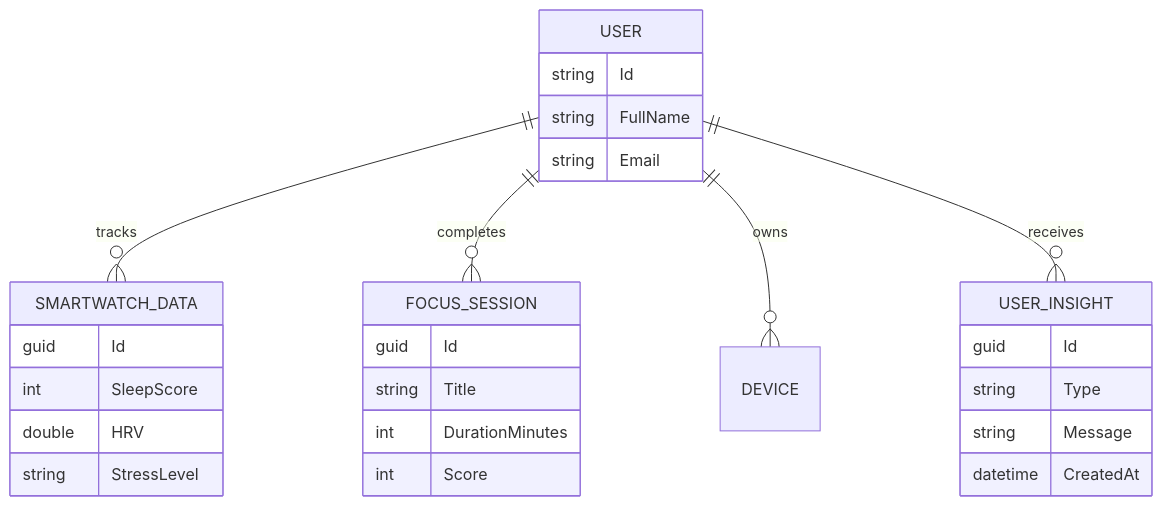
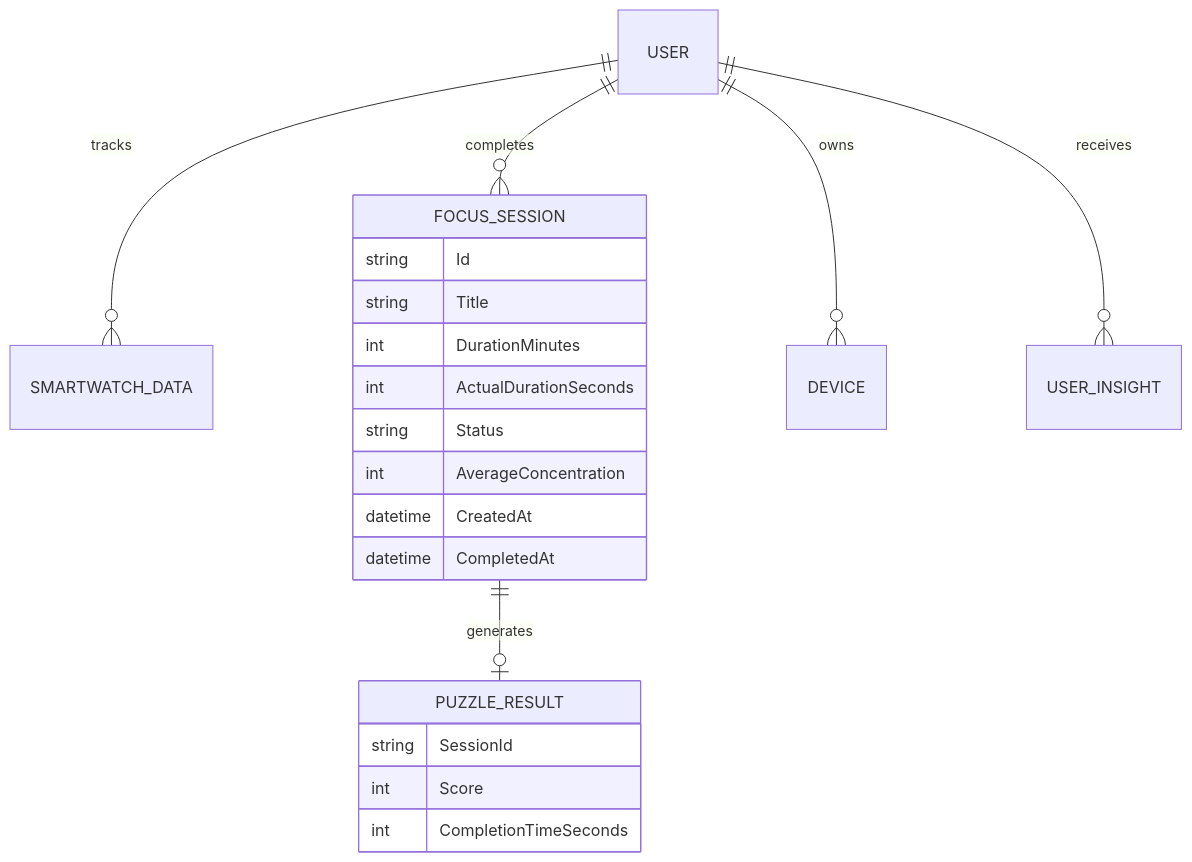
One commit to ameenmv/haze_clue_docs changed the diagram in docs/backend-mobile/index.md. Above: the diagram before and after it, drawn with Mermaid. The commit also changed other lines of this file and 3 other files, not shown here.

Commit message:
docs: update documentation for AI inference engine, mobile backend API controllers, and web application instructor platform architecture.

````diff
--- a/docs/backend-mobile/index.md
+++ b/docs/backend-mobile/index.md
@@ -13,31 +35,25 @@
 ```mermaid
 erDiagram
     USER ||--o{ SMARTWATCH_DATA : tracks
     USER ||--o{ FOCUS_SESSION : completes
     USER ||--o{ DEVICE : owns
     USER ||--o{ USER_INSIGHT : receives
+    FOCUS_SESSION ||--o| PUZZLE_RESULT : generates
 
-    USER {
+    FOCUS_SESSION {
         string Id
-        string FullName
-        string Email
-    }
-    SMARTWATCH_DATA {
-        guid Id
-        int SleepScore
-        double HRV
-        string StressLevel
-    }
-    FOCUS_SESSION {
-        guid Id
         string Title
         int DurationMinutes
+        int ActualDurationSeconds
+        string Status
+        int AverageConcentration
+        datetime CreatedAt
+        datetime CompletedAt
+    }
+    
+    PUZZLE_RESULT {
+        string SessionId
         int Score
-    }
-    USER_INSIGHT {
-        guid Id
-        string Type
-        string Message
-        datetime CreatedAt
+        int CompletionTimeSeconds
     }
 ```
````
